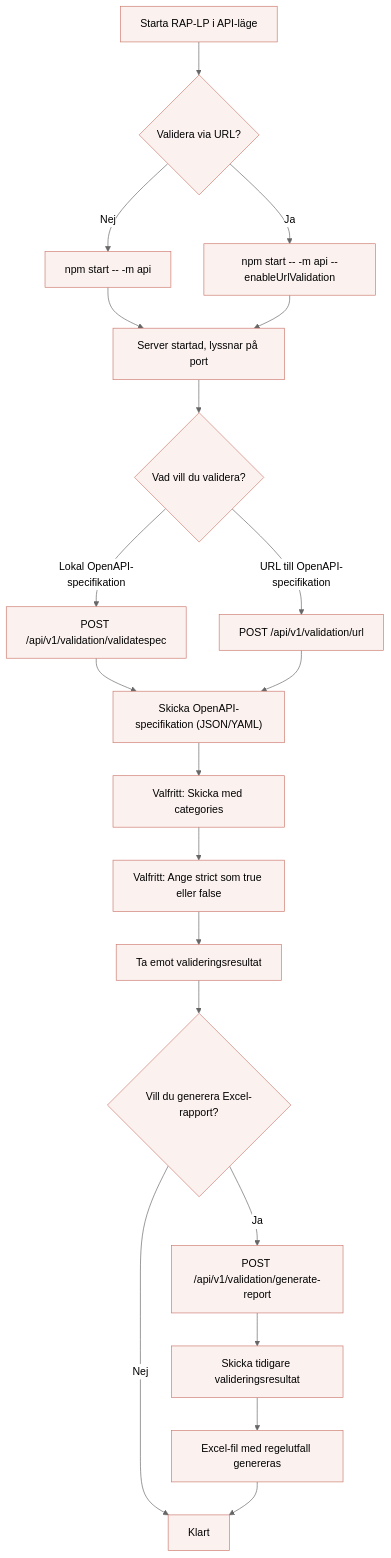
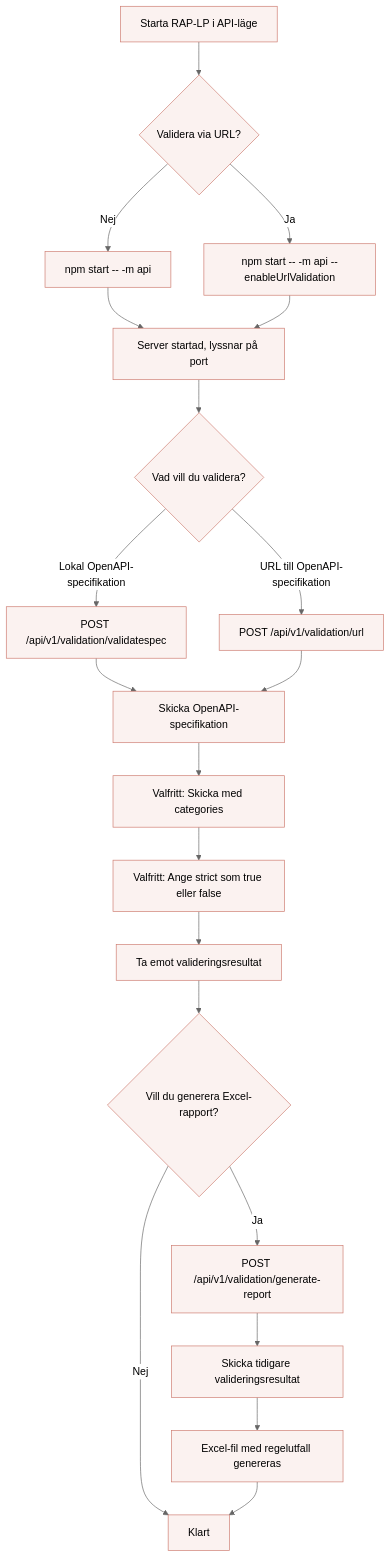
Before and after one commit to diggsweden/rest-api-profil-lint-processor: the second of 2 diagrams in README.md, drawn with Mermaid.

Commit message:
docs: remove unnecessary specification from flowchart

````diff
--- a/README.md
+++ b/README.md
@@ -609,50 +609,50 @@
 ```mermaid
 %%{init: {
   "theme": "base",
   "themeVariables": {
     "primaryColor": "#fbf2f0",
     "primaryTextColor": "#000",
     "primaryBorderColor": "#cd7a6e",
     "lineColor": "#666",
     "secondaryColor": "#ffffff",
     "tertiaryColor": "#ffffff"
   }
 }}%%
 flowchart TD
 
     A[Starta RAP-LP i API-läge]
 
     A --> B{Validera via URL?}
 
     B -->|Nej| C["npm start -- -m api"]
     B -->|Ja| D["npm start -- -m api --enableUrlValidation"]
 
     C --> E["Server startad, lyssnar på port"]
     D --> E
 
     E --> F{Vad vill du validera?}
 
     F -->|Lokal OpenAPI-specifikation| G["POST /api/v1/validation/validatespec"]
     F -->|URL till OpenAPI-specifikation| H["POST /api/v1/validation/url"]
 
-    G --> I["Skicka OpenAPI-specifikation (JSON/YAML)"]
+    G --> I["Skicka OpenAPI-specifikation"]
     H --> I
 
     I --> J["Valfritt: Skicka med categories"]
 
     J --> K["Valfritt: Ange strict som true eller false"]
 
     K --> L["Ta emot valideringsresultat"]
 
     L --> M{Vill du generera Excel-rapport?}
 
     M -->|Nej| N[Klart]
 
     M -->|Ja| O["POST /api/v1/validation/generate-report"]
 
     O --> P["Skicka tidigare valideringsresultat"]
 
     P --> Q["Excel-fil med regelutfall genereras"]
 
     Q --> N
 ```
````
